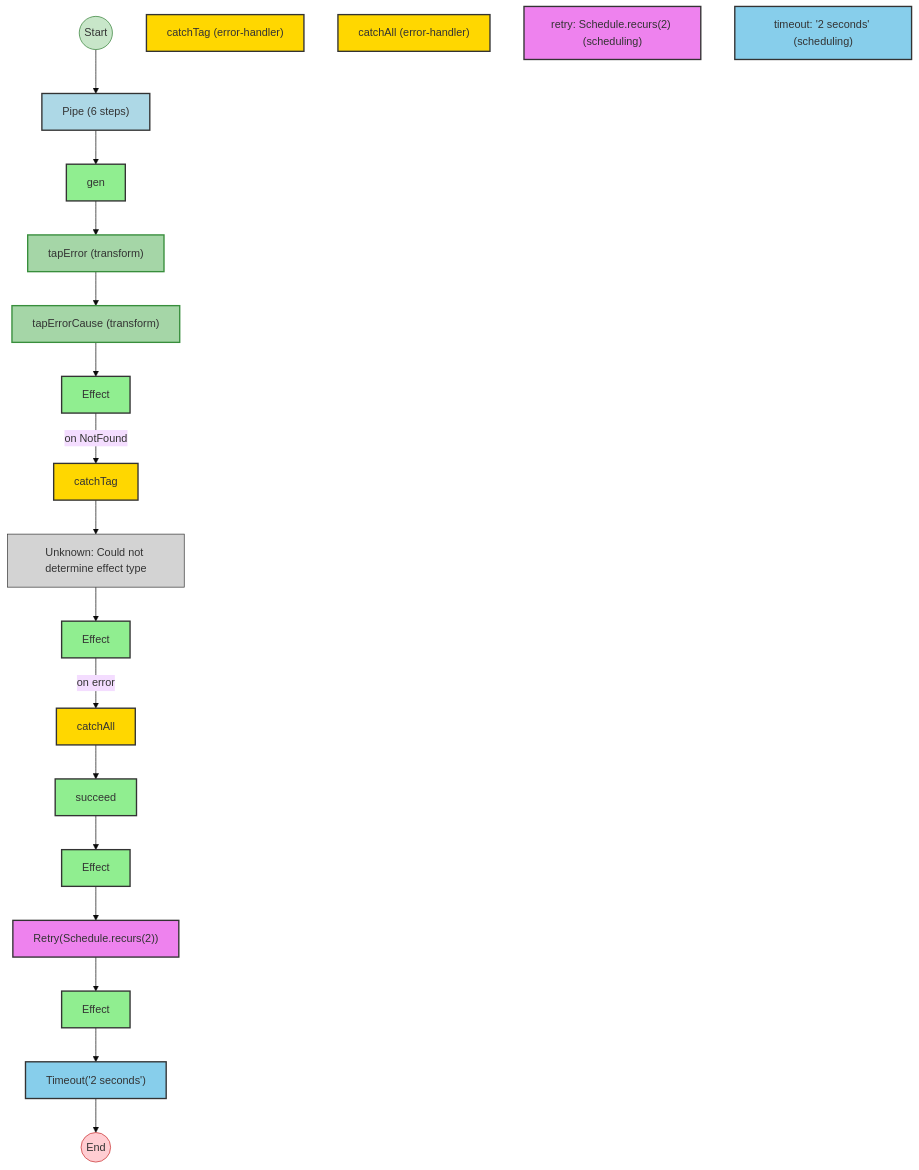
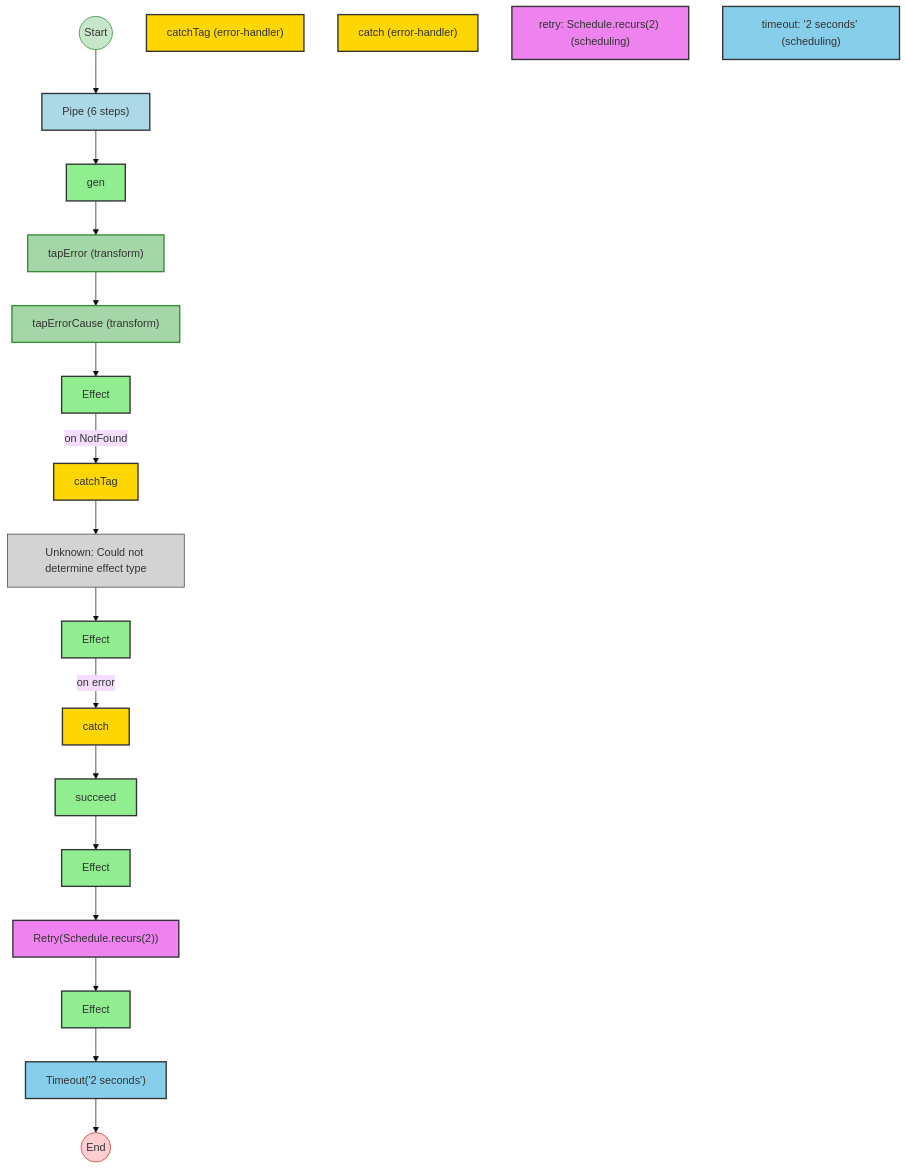
Before and after one commit to jagreehal/effect-analyzer: diagram 17 of 22 in packages/effect-analyzer/src/__fixtures__/effect-kitchen-sink.effect-analysis.md, drawn with Mermaid (base theme). The commit also changed 131 other files, not shown here.

First line of the commit message:
feat!: Effect v4-only architecture with decomposed analysis interface (#202)

````diff
--- a/packages/effect-analyzer/src/__fixtures__/effect-kitchen-sink.effect-analysis.md
+++ b/packages/effect-analyzer/src/__fixtures__/effect-kitchen-sink.effect-analysis.md
@@ -1333,75 +1333,75 @@
 ```mermaid
 flowchart TB
 
   %% Program: errorTopologyProgram
 
   start((Start))
   end_node((End))
 
   n1["Pipe (6 steps)"]
   n2["gen"]
   n3["tapError (transform)"]
   n4["tapErrorCause (transform)"]
   n5["catchTag (error-handler)"]
   n6["Effect"]
   err_handler_7["catchTag"]
   n8["Unknown: Could not determine effect type"]
-  n9["catchAll (error-handler)"]
+  n9["catch (error-handler)"]
   n10["Effect"]
-  err_handler_11["catchAll"]
+  err_handler_11["catch"]
   n12["succeed"]
   n13["retry: Schedule.recurs(2) (scheduling)"]
   n14["Effect"]
   retry_15["Retry(Schedule.recurs(2))"]
   n16["timeout: '2 seconds' (scheduling)"]
   n17["Effect"]
   timeout_18["Timeout('2 seconds')"]
 
   %% Edges
   n2 --> n3
   n3 --> n4
   n6 -->|on NotFound| err_handler_7
   err_handler_7 --> n8
   n4 --> n6
   n10 -->|on error| err_handler_11
   err_handler_11 --> n12
   n8 --> n10
   n14 --> retry_15
   n12 --> n14
   n17 --> timeout_18
   retry_15 --> n17
   n1 --> n2
   start --> n1
   timeout_18 --> end_node
 
   %% Styles
   classDef startStyle fill:#c8e6c9,stroke:#2e7d32
   classDef endStyle fill:#ffcdd2,stroke:#c62828
   classDef effectStyle fill:#90EE90,stroke:#333,stroke-width:2px
   classDef pipeStyle fill:#ADD8E6,stroke:#333,stroke-width:2px
   classDef errorHandlerStyle fill:#FFD700,stroke:#333,stroke-width:2px
   classDef retryStyle fill:#EE82EE,stroke:#333,stroke-width:2px
   classDef timeoutStyle fill:#87CEEB,stroke:#333,stroke-width:2px
   classDef unknownStyle fill:#D3D3D3,stroke:#333,stroke-width:1px
   classDef transformStyle fill:#A5D6A7,stroke:#388E3C,stroke-width:2px
   class start startStyle
   class end_node endStyle
   class n1 pipeStyle
   class n2 effectStyle
   class n3 transformStyle
   class n4 transformStyle
   class n5 errorHandlerStyle
   class n6 effectStyle
   class err_handler_7 errorHandlerStyle
   class n8 unknownStyle
   class n9 errorHandlerStyle
   class n10 effectStyle
   class err_handler_11 errorHandlerStyle
   class n12 effectStyle
   class n13 retryStyle
   class n14 effectStyle
   class retry_15 retryStyle
   class n16 timeoutStyle
   class n17 effectStyle
   class timeout_18 timeoutStyle
 ```
````
